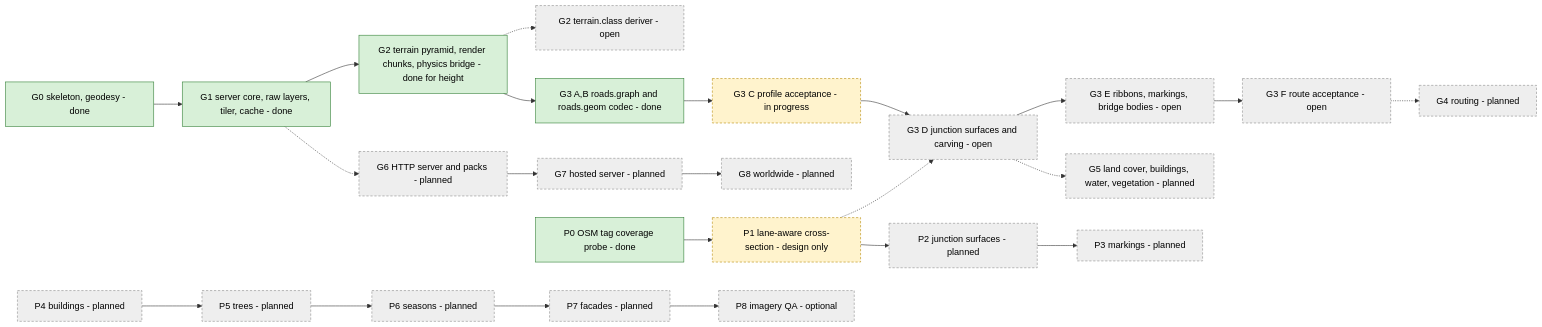
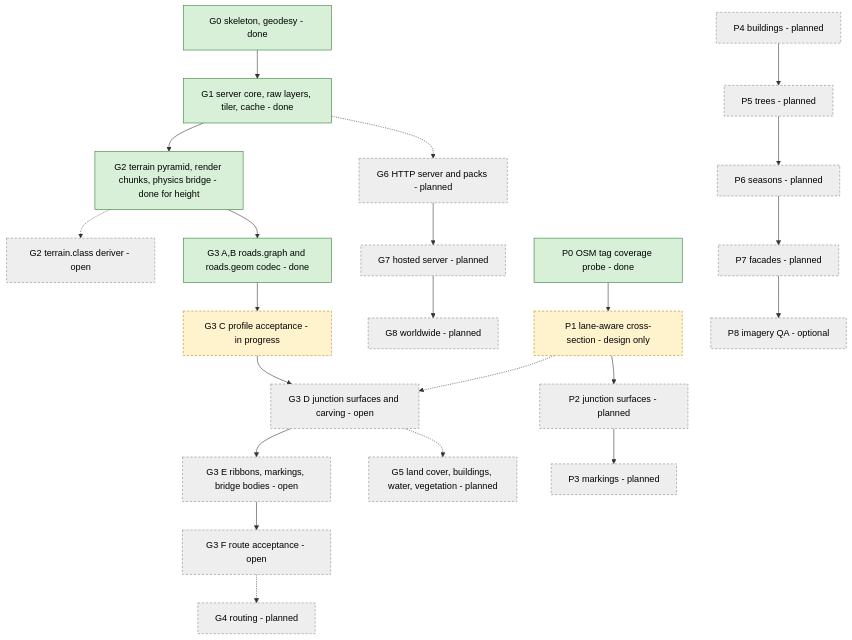
Before and after one commit to SebastianDanielFrenz/geo2map_engine: the fourth of 4 diagrams in docs/pipeline/README.md, drawn with Mermaid. The commit also changed other lines of this file, not shown here.

First line of the commit message:
docs/pipeline: compact top-down overview and roadmap diagrams

````diff
--- a/docs/pipeline/README.md
+++ b/docs/pipeline/README.md
@@ -319,42 +266,42 @@
 ```mermaid
-flowchart LR
+flowchart TB
   G0["G0 skeleton, geodesy - done"]
   G1["G1 server core, raw layers, tiler, cache - done"]
   G2["G2 terrain pyramid, render chunks, physics bridge - done for height"]
   G2C["G2 terrain.class deriver - open"]
   G3A["G3 A,B roads.graph and roads.geom codec - done"]
   G3C["G3 C profile acceptance - in progress"]
   G3D["G3 D junction surfaces and carving - open"]
   G3E["G3 E ribbons, markings, bridge bodies - open"]
   G3F["G3 F route acceptance - open"]
   G4["G4 routing - planned"]
   G5["G5 land cover, buildings, water, vegetation - planned"]
   G6["G6 HTTP server and packs - planned"]
   G7["G7 hosted server - planned"]
   G8["G8 worldwide - planned"]
   P0["P0 OSM tag coverage probe - done"]
   P1["P1 lane-aware cross-section - design only"]
   P2["P2 junction surfaces - planned"]
   P3["P3 markings - planned"]
   P4["P4 buildings - planned"]
   P5["P5 trees - planned"]
   P6["P6 seasons - planned"]
   P7["P7 facades - planned"]
   P8["P8 imagery QA - optional"]
 
   G0 --> G1 --> G2 --> G3A --> G3C --> G3D --> G3E --> G3F
   G2 -.-> G2C
   G3F -.-> G4
   G3D -.-> G5
   G1 -.-> G6 --> G7 --> G8
   P0 --> P1 --> P2 --> P3
   P1 -.-> G3D
   P4 --> P5 --> P6 --> P7 --> P8
 
   classDef done fill:#d8f0d8,stroke:#2e7d32,color:#000;
   classDef part fill:#fff3cd,stroke:#b58900,stroke-dasharray:4 3,color:#000;
   classDef plan fill:#eeeeee,stroke:#888888,stroke-dasharray:4 3,color:#000;
   class G0,G1,G2,G3A,P0 done;
   class G3C,P1 part;
   class G2C,G3D,G3E,G3F,G4,G5,G6,G7,G8,P2,P3,P4,P5,P6,P7,P8 plan;
 ```
````
